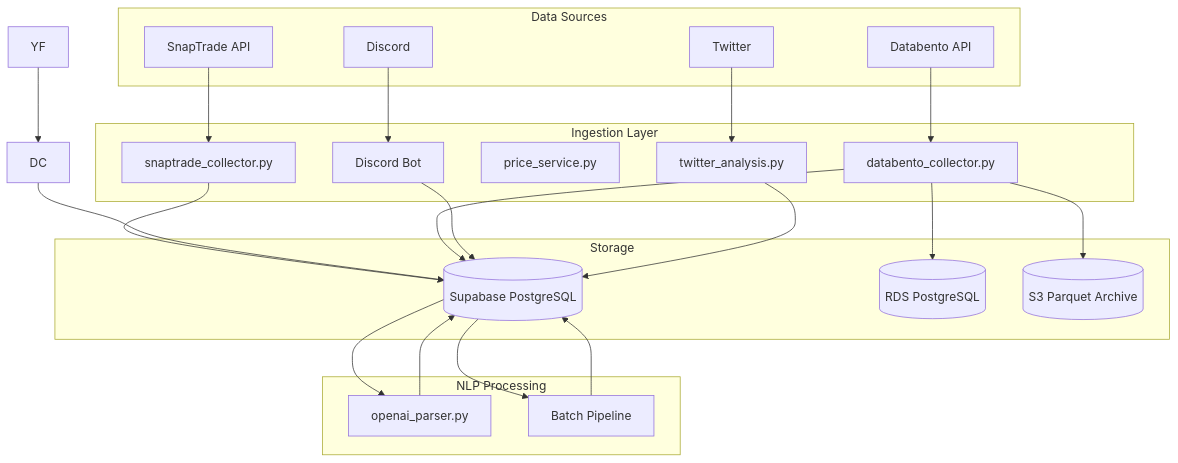
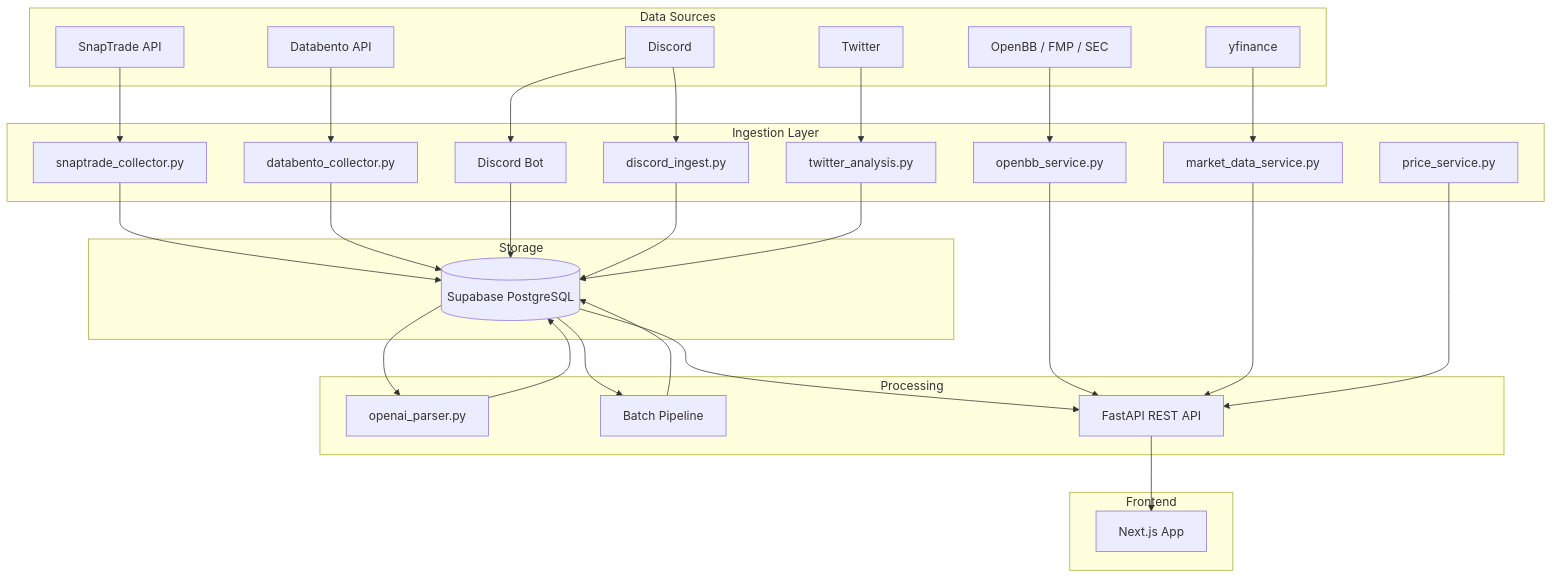
One commit to qmyhd/LLM-portfolio-project changed the diagram in docs/CODEBASE_MAP.md. Above: the diagram before and after it, drawn with Mermaid. The commit also changed other lines of this file and 15 other files, not shown here.

First line of the commit message:
Update schema report and enhance price service to handle crypto symbols

````diff
--- a/docs/CODEBASE_MAP.md
+++ b/docs/CODEBASE_MAP.md
@@ -112,39 +123,52 @@
 ```mermaid
 graph TD
     subgraph Data Sources
         ST[SnapTrade API]
         DB_API[Databento API]
         DIS[Discord]
         TW[Twitter]
+        OBB[OpenBB / FMP / SEC]
+        YF[yfinance]
     end
 
     subgraph Ingestion Layer
         SC[snaptrade_collector.py]
         DBC[databento_collector.py]
         PS[price_service.py]
+        MDS[market_data_service.py]
         BOT[Discord Bot]
         TA[twitter_analysis.py]
+        OBS[openbb_service.py]
+        DI[discord_ingest.py]
     end
 
     subgraph Storage
         DB[(Supabase PostgreSQL)]
-        RDS[(RDS PostgreSQL)]
-        S3[(S3 Parquet Archive)]
     end
 
-    subgraph NLP Processing
+    subgraph Processing
         NLP[openai_parser.py]
         BATCH[Batch Pipeline]
+        API[FastAPI REST API]
+    end
+
+    subgraph Frontend
+        NEXT[Next.js App]
     end
 
     ST --> SC --> DB
-    YF --> DC --> DB
-    DB_API --> DBC --> RDS
-    DBC --> S3
-    DBC --> DB
+    DB_API --> DBC --> DB
     DIS --> BOT --> DB
+    DIS --> DI --> DB
     TW --> TA --> DB
-    
+    OBB --> OBS
+    YF --> MDS
+
     DB --> NLP --> DB
     DB --> BATCH --> DB
+    DB --> API
+    OBS --> API
+    MDS --> API
+    PS --> API
+    API --> NEXT
 ```
````
